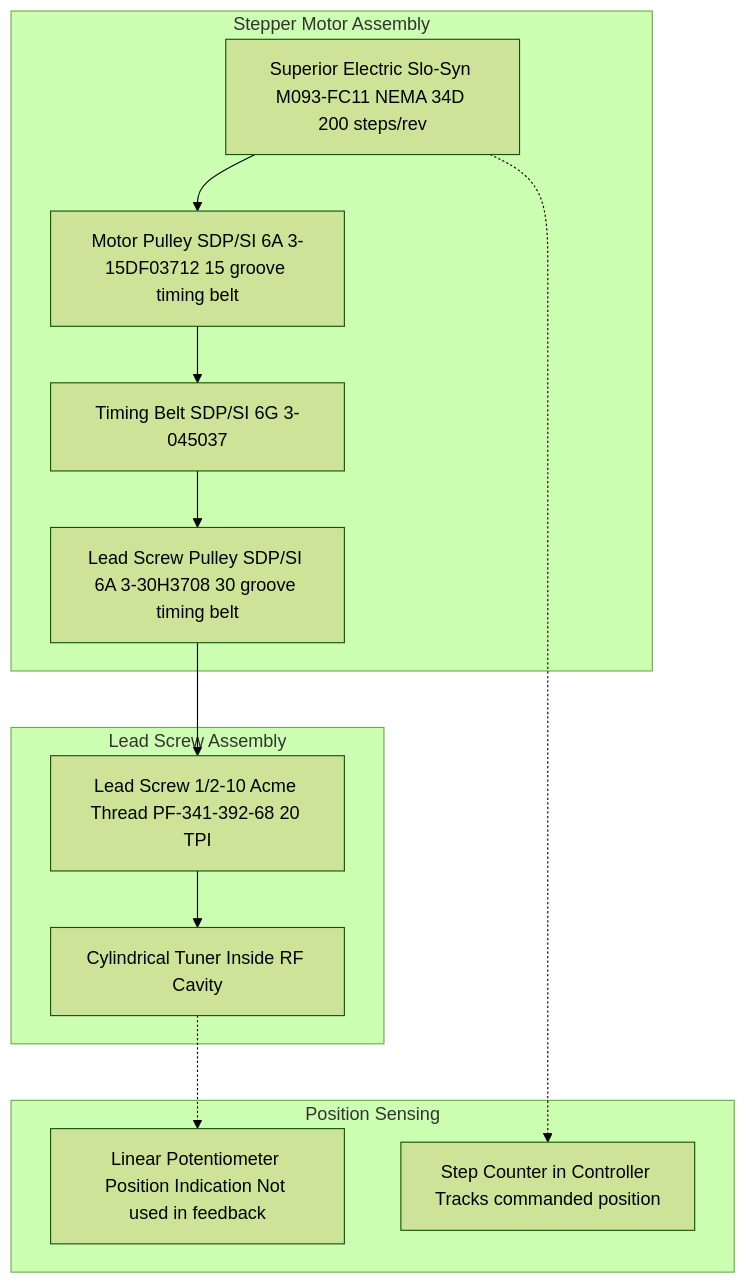
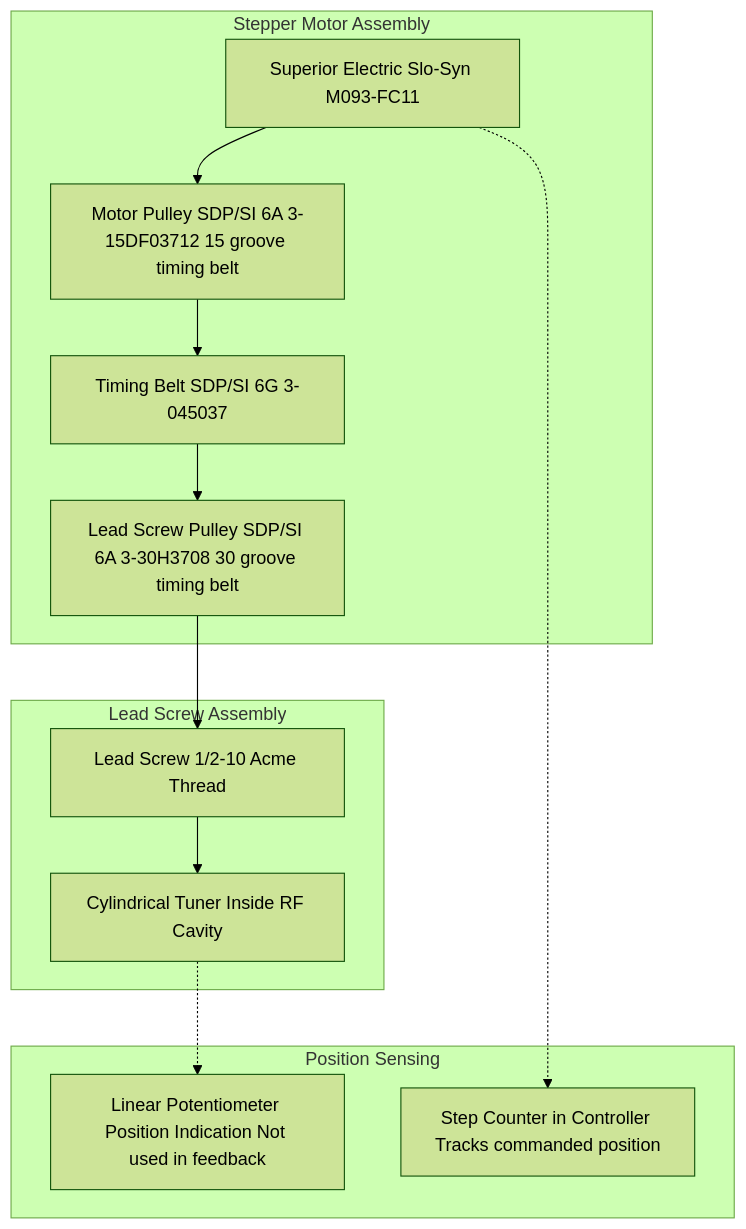
Before and after one commit to fayaw/spearlegacyLLRF: diagram 12 of 18 in SPEAR3_LLRF_COMPREHENSIVE_ANALYSIS.md, drawn with Mermaid (forest theme). The commit also changed other lines of this file, not shown here.

First line of the commit message:
Fix bullet points and simplify Mermaid node labels

````diff
--- a/SPEAR3_LLRF_COMPREHENSIVE_ANALYSIS.md
+++ b/SPEAR3_LLRF_COMPREHENSIVE_ANALYSIS.md
@@ -579,33 +579,33 @@
 ```mermaid
 graph TB
  subgraph "Stepper Motor Assembly"
- Motor[Superior Electric Slo-Syn M093-FC11 NEMA 34D 200 steps/rev]
+ Motor[Superior Electric Slo-Syn M093-FC11]
  
  Motor_Pulley[Motor Pulley SDP/SI 6A 3-15DF03712 15 groove timing belt]
  
  Belt[Timing Belt SDP/SI 6G 3-045037]
  
  Screw_Pulley[Lead Screw Pulley SDP/SI 6A 3-30H3708 30 groove timing belt]
  end
  
  subgraph "Lead Screw Assembly"
- Lead_Screw[Lead Screw 1/2-10 Acme Thread PF-341-392-68 20 TPI]
+ Lead_Screw[Lead Screw 1/2-10 Acme Thread]
  
  Tuner_Element[Cylindrical Tuner Inside RF Cavity]
  end
  
  subgraph "Position Sensing"
  Potentiometer[Linear Potentiometer Position Indication Not used in feedback]
  
  Step_Counter[Step Counter in Controller Tracks commanded position]
  end
  
  Motor --> Motor_Pulley
  Motor_Pulley --> Belt
  Belt --> Screw_Pulley
  Screw_Pulley --> Lead_Screw
  Lead_Screw --> Tuner_Element
  
  Tuner_Element -.-> Potentiometer
  Motor -.-> Step_Counter
 ```
````
